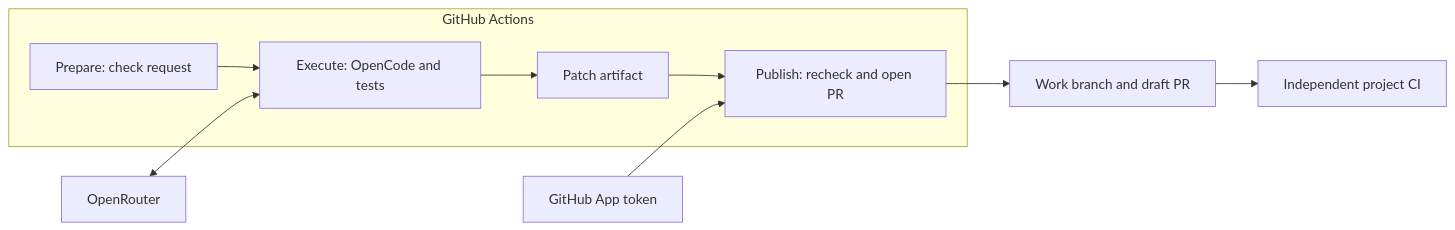
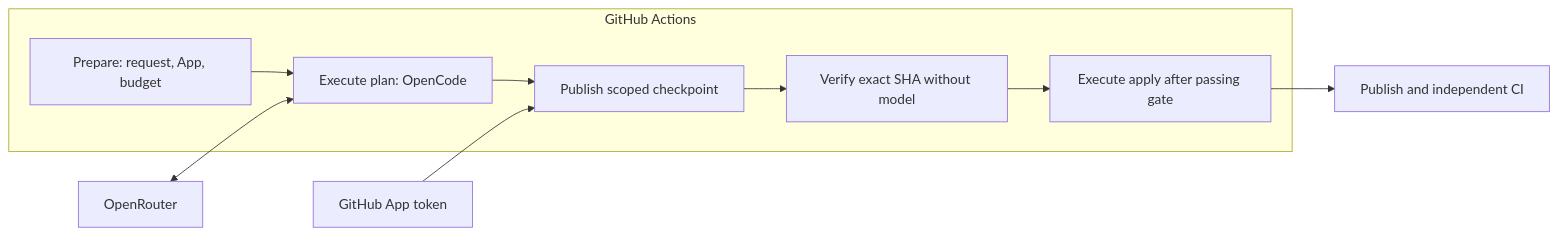
The second of 2 diagrams in docs/kits/opencode-openspec/architecture.md (cedricmenec/asf-agent-kits), drawn with Mermaid before and after one commit. The commit also changed other lines of this file and 18 other files, not shown here.

Commit message:
feat(openspec): checkpoint plan and block apply until remote SHA gate (#127)

````diff
--- a/docs/kits/opencode-openspec/architecture.md
+++ b/docs/kits/opencode-openspec/architecture.md
@@ -21,11 +25,12 @@
 ```mermaid
 flowchart LR
  subgraph G["GitHub Actions"]
-  P["Prepare: check request"] --> E["Execute: OpenCode and tests"]
-  E --> X["Patch artifact"] --> U["Publish: recheck and open PR"]
+  P["Prepare: request, App, budget"] --> E["Execute plan: OpenCode"]
+  E --> U["Publish scoped checkpoint"]
+  U --> V["Verify exact SHA without model"]
+  V --> A["Execute apply after passing gate"]
  end
  O["OpenRouter"] <--> E
  K["GitHub App token"] --> U
- U --> R["Work branch and draft PR"]
- R --> C["Independent project CI"]
+ A --> C["Publish and independent CI"]
 ```
````
